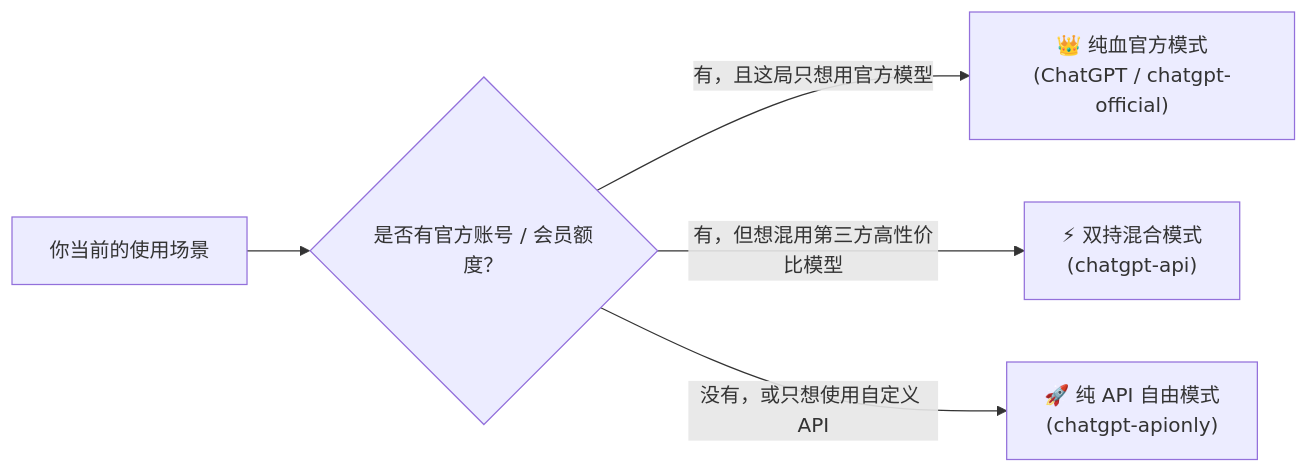
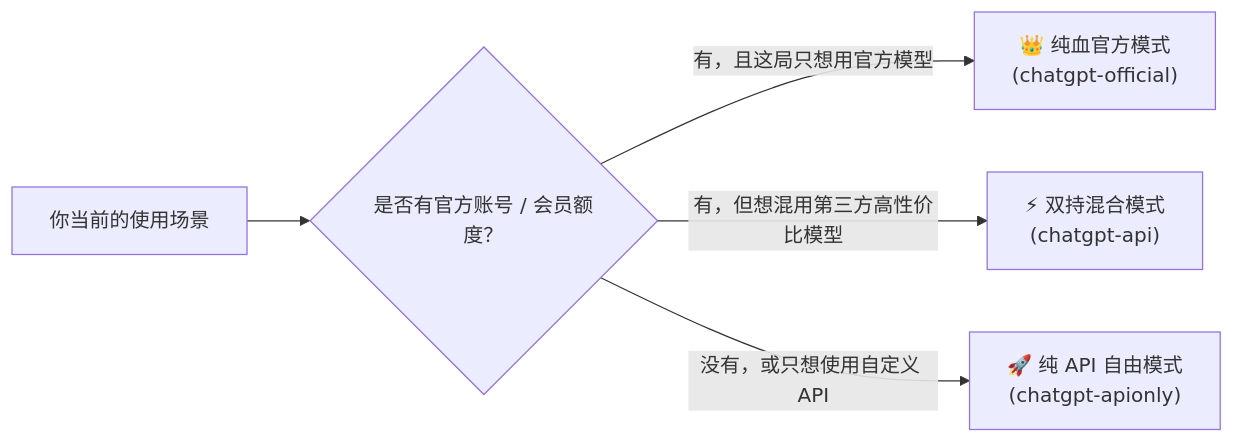
One commit to bolifa556/ChatGPT-API changed the first of 2 diagrams in README.md. Above: the diagram before and after it, drawn with Mermaid. The commit also changed other lines of this file and 16 other files, not shown here.

````diff
--- a/README.md
+++ b/README.md
@@ -93,7 +93,7 @@
 ```mermaid
 flowchart LR
     A["你当前的使用场景"] --> B{"是否有官方账号 / 会员额度？"}
-    B -- "有，且这局只想用官方模型" --> C["👑 纯血官方模式<br/>(ChatGPT / chatgpt-official)"]
+    B -- "有，且这局只想用官方模型" --> C["👑 纯血官方模式<br/>(chatgpt-official)"]
     B -- "有，但想混用第三方高性价比模型" --> D["⚡ 双持混合模式<br/>(chatgpt-api)"]
     B -- "没有，或只想使用自定义 API" --> E["🚀 纯 API 自由模式<br/>(chatgpt-apionly)"]
 ```
````
